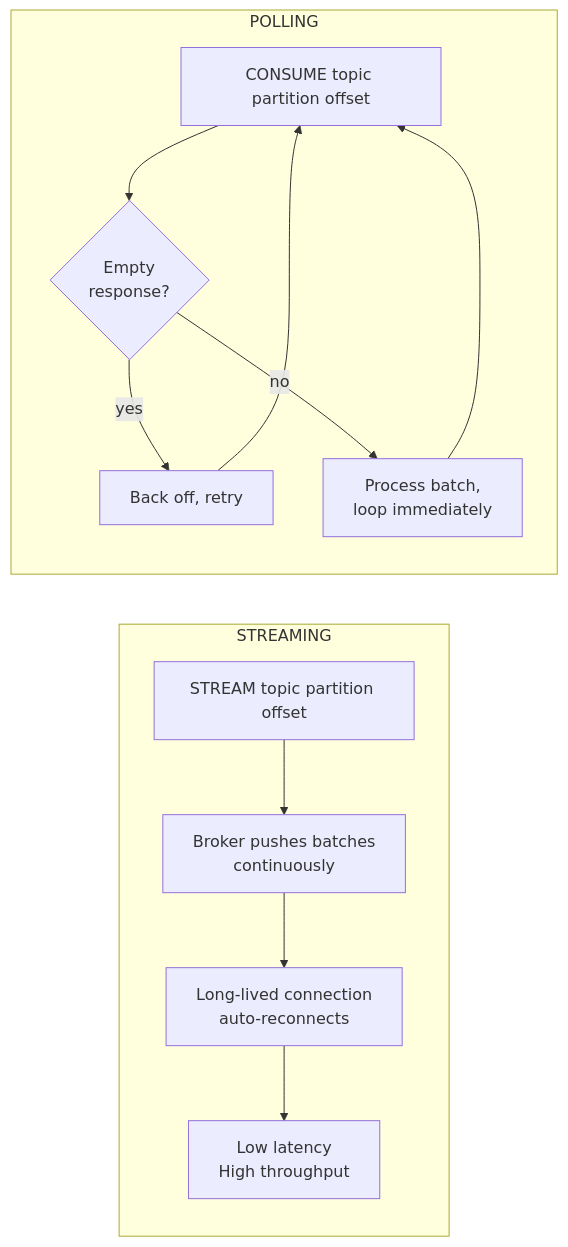
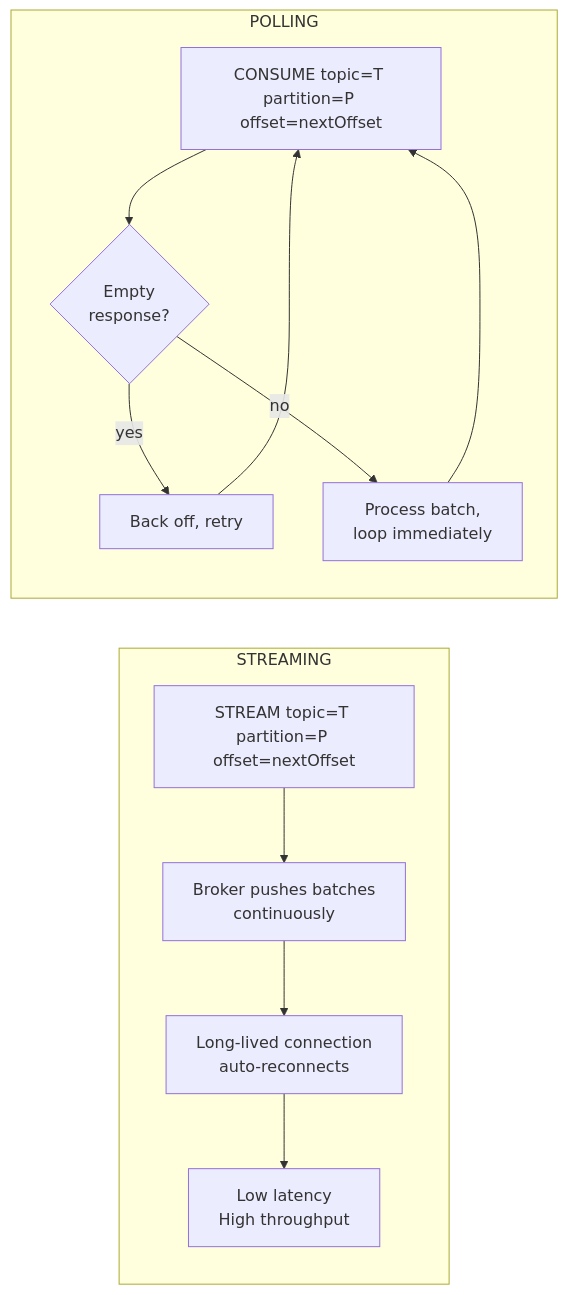
One commit to cursus-io/cursus-java changed the first of 3 diagrams in docs/consumer-guide.md. Above: the diagram before and after it, drawn with Mermaid. The commit also changed other lines of this file and 27 other files, not shown here.

Commit message:
fix: support broker-managed offset resets (#31)

````diff
--- a/docs/consumer-guide.md
+++ b/docs/consumer-guide.md
@@ -69,17 +71,17 @@
 ```mermaid
 flowchart LR
     subgraph STREAMING
         direction TB
-        S1["STREAM topic partition offset"] --> S2["Broker pushes batches\ncontinuously"]
+        S1["STREAM topic=T partition=P offset=nextOffset"] --> S2["Broker pushes batches\ncontinuously"]
         S2 --> S3["Long-lived connection\nauto-reconnects"]
         S3 --> S4["Low latency\nHigh throughput"]
     end
     subgraph POLLING
         direction TB
-        P1["CONSUME topic partition offset"] --> P2{Empty\nresponse?}
+        P1["CONSUME topic=T partition=P offset=nextOffset"] --> P2{Empty\nresponse?}
         P2 -- yes --> P3["Back off, retry"]
         P3 --> P1
         P2 -- no --> P4["Process batch,\nloop immediately"]
         P4 --> P1
     end
 ```
````
